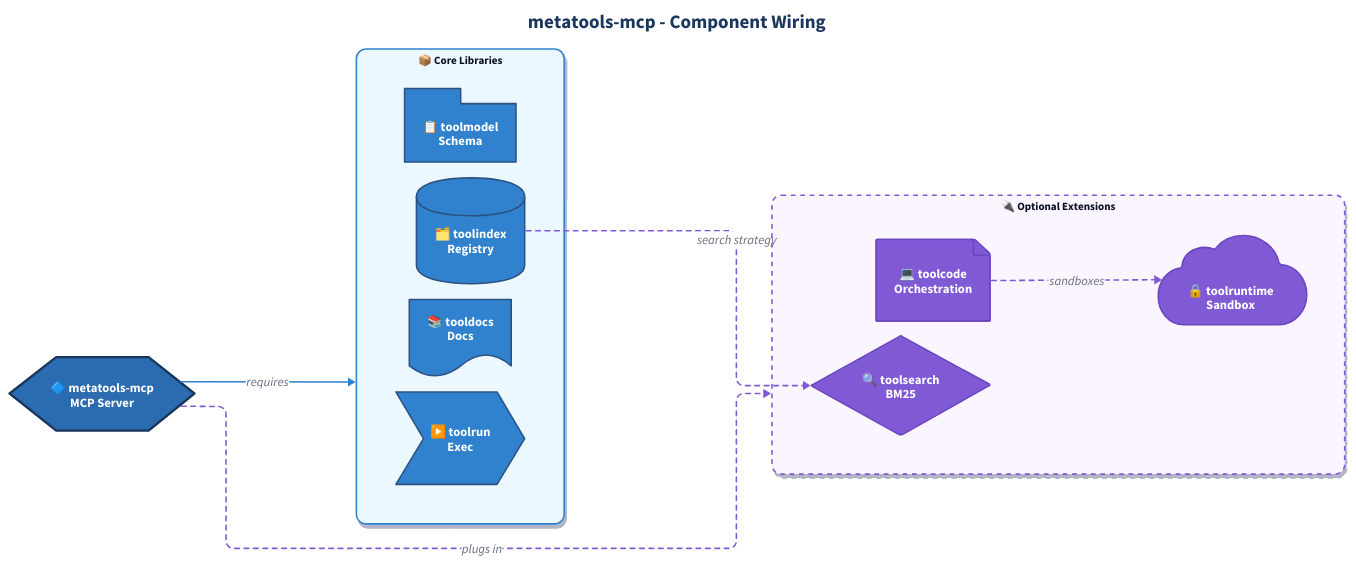
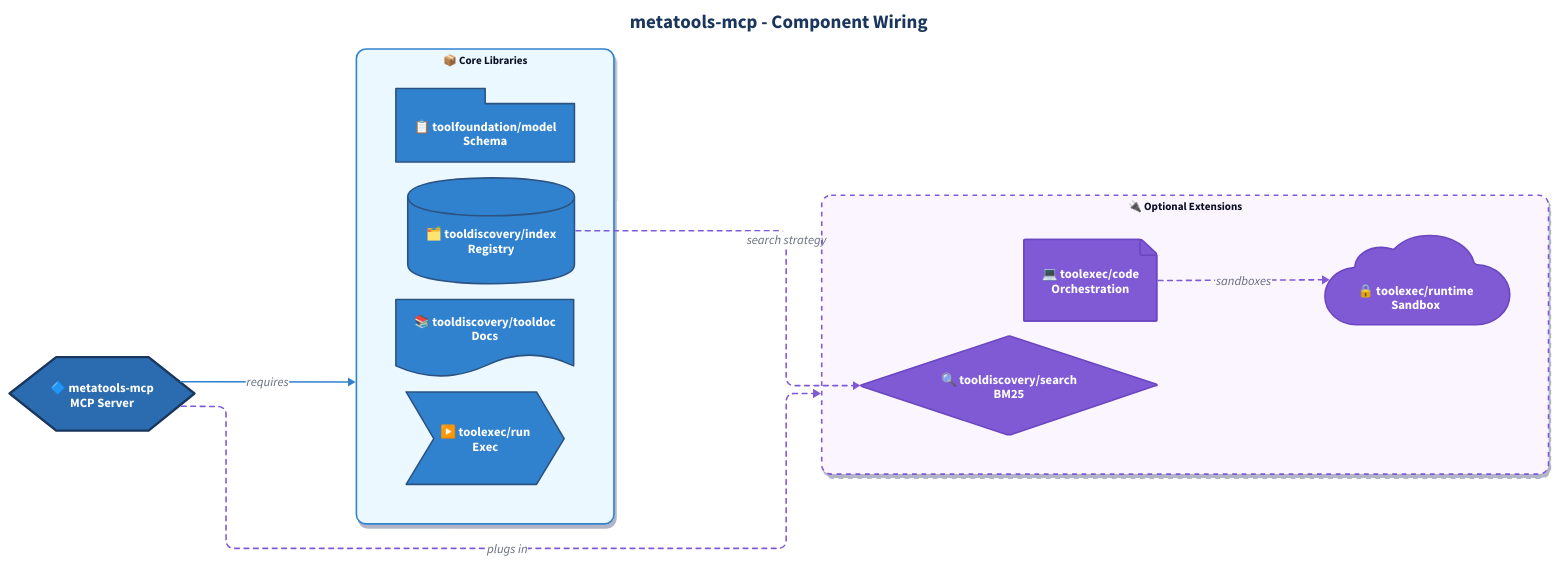
Before and after one commit to jonwraymond/metatools-mcp: the diagram in docs/diagrams/component-wiring.d2, drawn with D2. The commit also changed 34 other files, not shown here.

Commit message:
docs(metatools-mcp): close PRD gaps and refresh diagrams

```diff
--- a/docs/diagrams/component-wiring.d2
+++ b/docs/diagrams/component-wiring.d2
@@ -1,144 +1,144 @@
 # metatools-mcp Component Wiring
 # Library dependencies and extensions
 
 direction: right
 
 vars: {
   d2-config: {
     layout-engine: elk
     theme-id: 0
   }
   surface-fill: "#2b6cb0"
   core-fill: "#3182ce"
   optional-fill: "#805ad5"
 }
 
 classes: {
   container: {
     style: {
       border-radius: 12
       shadow: true
       font-size: 14
       bold: true
     }
   }
   surface-node: {
     style: {
       fill: ${surface-fill}
       stroke: "#1a365d"
       stroke-width: 3
       font-color: "#fff"
     }
   }
   core-node: {
     style: {
       fill: ${core-fill}
       stroke: "#2c5282"
       stroke-width: 2
       font-color: "#fff"
     }
   }
   optional-node: {
     style: {
       fill: ${optional-fill}
       stroke: "#6b46c1"
       stroke-width: 2
       font-color: "#fff"
     }
   }
   core-flow: {
     style: {
       stroke: ${core-fill}
       stroke-width: 2
     }
   }
   optional-flow: {
     style: {
       stroke: ${optional-fill}
       stroke-width: 2
       stroke-dash: 3
     }
   }
 }
 
 # Title
 title: "metatools-mcp - Component Wiring" {
   shape: text
   near: top-center
   style: {
     font-size: 24
     bold: true
     font-color: "#1a365d"
   }
 }
 
 # MCP Server
 metatools: "🔷 metatools-mcp\nMCP Server" {
   shape: hexagon
   class: surface-node
 }
 
 # Core Libraries
 core: "📦 Core Libraries" {
   class: container
   style: {
     fill: "#ebf8ff"
     stroke: ${core-fill}
   }
 
-  toolmodel: "📋 toolmodel\nSchema" {
+  toolmodel: "📋 toolfoundation/model\nSchema" {
     shape: package
     class: core-node
   }
-  toolindex: "🗂️ toolindex\nRegistry" {
+  toolindex: "🗂️ tooldiscovery/index\nRegistry" {
     shape: cylinder
     class: core-node
   }
-  tooldocs: "📚 tooldocs\nDocs" {
+  tooldocs: "📚 tooldiscovery/tooldoc\nDocs" {
     shape: document
     class: core-node
   }
-  toolrun: "▶️ toolrun\nExec" {
+  toolrun: "▶️ toolexec/run\nExec" {
     shape: step
     class: core-node
   }
 }
 
 # Optional Extensions
 optional: "🔌 Optional Extensions" {
   class: container
   style: {
     fill: "#faf5ff"
     stroke: ${optional-fill}
     stroke-dash: 3
   }
 
-  toolcode: "💻 toolcode\nOrchestration" {
+  toolcode: "💻 toolexec/code\nOrchestration" {
     shape: page
     class: optional-node
   }
-  toolruntime: "🔒 toolruntime\nSandbox" {
+  toolruntime: "🔒 toolexec/runtime\nSandbox" {
     shape: cloud
     class: optional-node
   }
-  toolsearch: "🔍 toolsearch\nBM25" {
+  toolsearch: "🔍 tooldiscovery/search\nBM25" {
     shape: diamond
     class: optional-node
   }
 }
 
 # Connections
 metatools -> core: "requires" {
   class: core-flow
 }
 metatools -> optional: "plugs in" {
   class: optional-flow
 }
 
 core.toolindex -> optional.toolsearch: "search strategy" {
   class: optional-flow
 }
 
 optional.toolcode -> optional.toolruntime: "sandboxes" {
   class: optional-flow
 }
```
